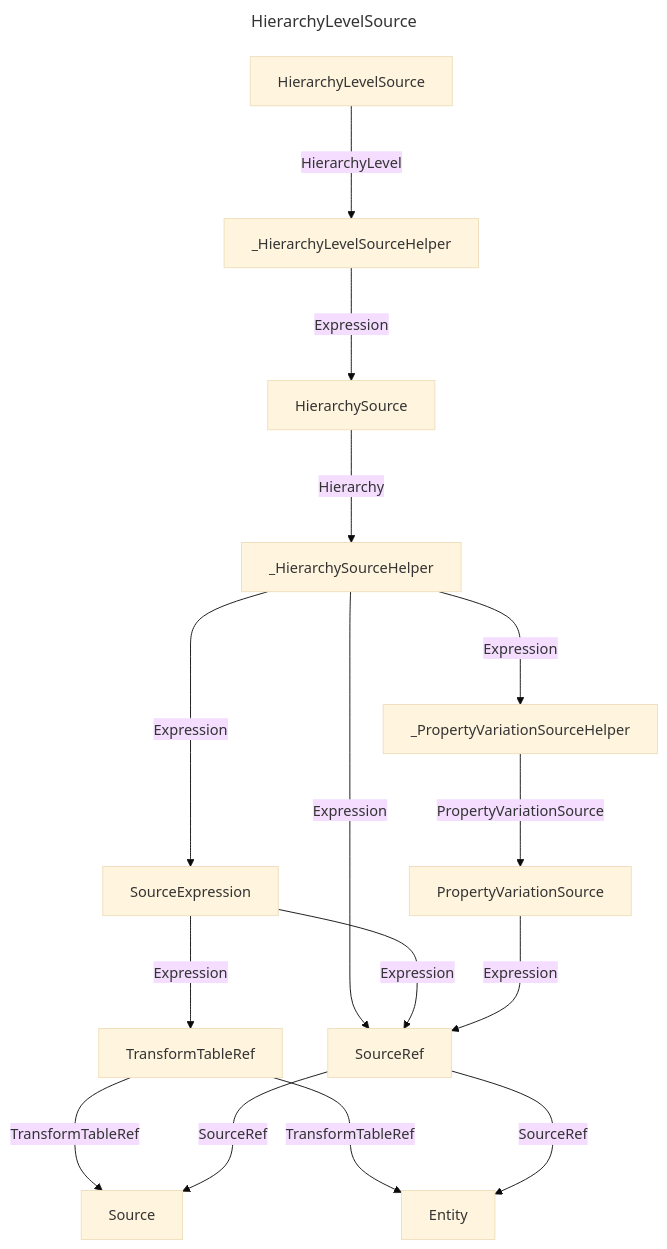
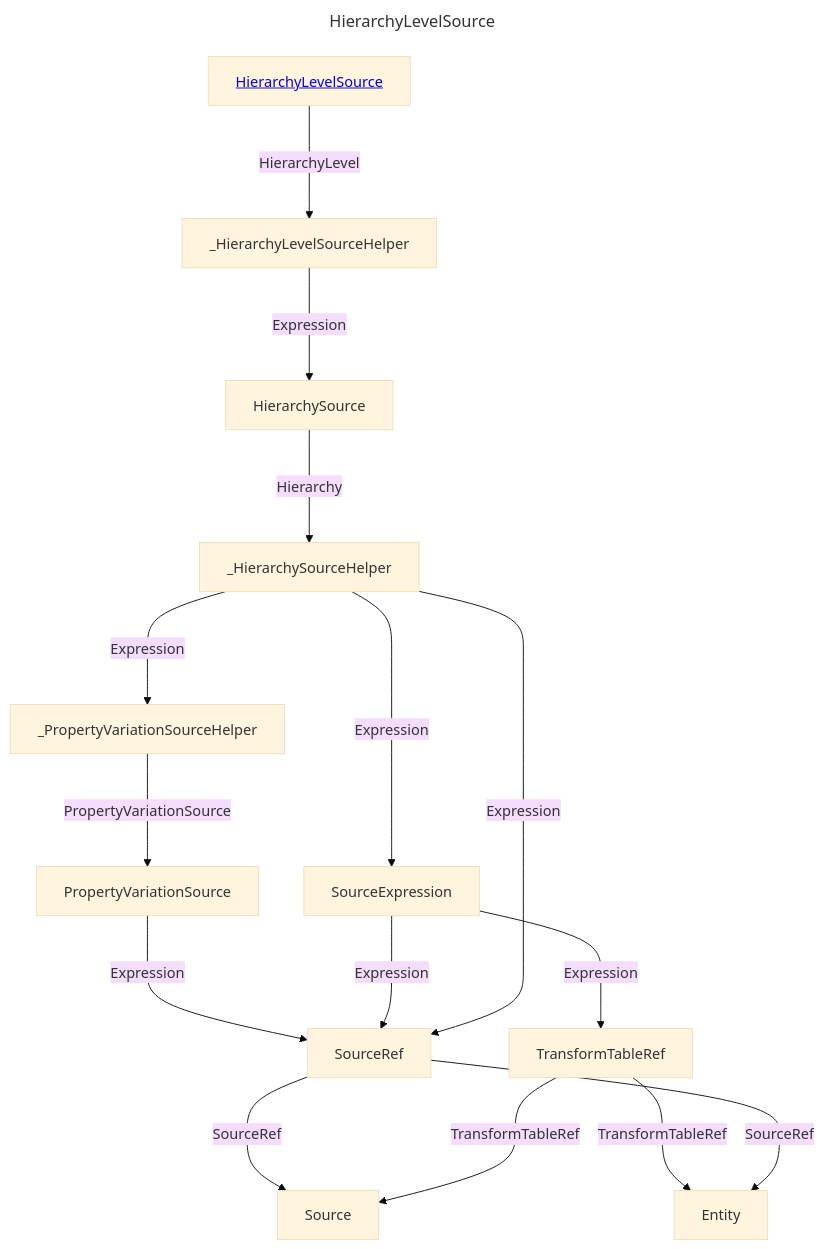
One commit to douglassimonsen/pbi_core changed the diagram in docs/docs/layout/erd/HierarchyLevelSource.md. Above: the diagram before and after it, drawn with Mermaid (base theme). The commit also changed 76 other files, not shown here.

````diff
--- a/docs/docs/layout/erd/HierarchyLevelSource.md
+++ b/docs/docs/layout/erd/HierarchyLevelSource.md
@@ -1,31 +1,31 @@
 ```mermaid
 ---
 title: HierarchyLevelSource
 ---
 graph 
-2430071339472["SourceExpression"]
-2430071370704["PropertyVariationSource"]
-2430071367776["_PropertyVariationSourceHelper"]
-2430071358992["_HierarchySourceHelper"]
-2430071355088["SourceRef"]
-2430071344352["Source"]
-2430071368752["HierarchySource"]
-2430071364848["_HierarchyLevelSourceHelper"]
-2430071338496["TransformTableRef"]
-2430071363872["HierarchyLevelSource"]
-2430071353136["Entity"]
-2430071358992 --->|Expression| 2430071355088
-2430071339472 --->|Expression| 2430071338496
-2430071368752 --->|Hierarchy| 2430071358992
-2430071338496 --->|TransformTableRef| 2430071353136
-2430071363872 --->|HierarchyLevel| 2430071364848
-2430071339472 --->|Expression| 2430071355088
-2430071358992 --->|Expression| 2430071339472
-2430071367776 --->|PropertyVariationSource| 2430071370704
-2430071338496 --->|TransformTableRef| 2430071344352
-2430071364848 --->|Expression| 2430071368752
-2430071355088 --->|SourceRef| 2430071344352
-2430071358992 --->|Expression| 2430071367776
-2430071370704 --->|Expression| 2430071355088
-2430071355088 --->|SourceRef| 2430071353136
+Entity[Entity]
+HierarchyLevelSource[<a href='/layout/erd/HierarchyLevelSource'>HierarchyLevelSource</a>]
+HierarchySource[HierarchySource]
+PropertyVariationSource[PropertyVariationSource]
+Source[Source]
+SourceExpression[SourceExpression]
+SourceRef[SourceRef]
+TransformTableRef[TransformTableRef]
+_HierarchyLevelSourceHelper[_HierarchyLevelSourceHelper]
+_HierarchySourceHelper[_HierarchySourceHelper]
+_PropertyVariationSourceHelper[_PropertyVariationSourceHelper]
+TransformTableRef --->|TransformTableRef| Entity
+PropertyVariationSource --->|Expression| SourceRef
+_HierarchyLevelSourceHelper --->|Expression| HierarchySource
+_HierarchySourceHelper --->|Expression| _PropertyVariationSourceHelper
+HierarchyLevelSource --->|HierarchyLevel| _HierarchyLevelSourceHelper
+SourceRef --->|SourceRef| Source
+SourceExpression --->|Expression| SourceRef
+_HierarchySourceHelper --->|Expression| SourceExpression
+_HierarchySourceHelper --->|Expression| SourceRef
+SourceRef --->|SourceRef| Entity
+_PropertyVariationSourceHelper --->|PropertyVariationSource| PropertyVariationSource
+HierarchySource --->|Hierarchy| _HierarchySourceHelper
+SourceExpression --->|Expression| TransformTableRef
+TransformTableRef --->|TransformTableRef| Source
 ```
````
